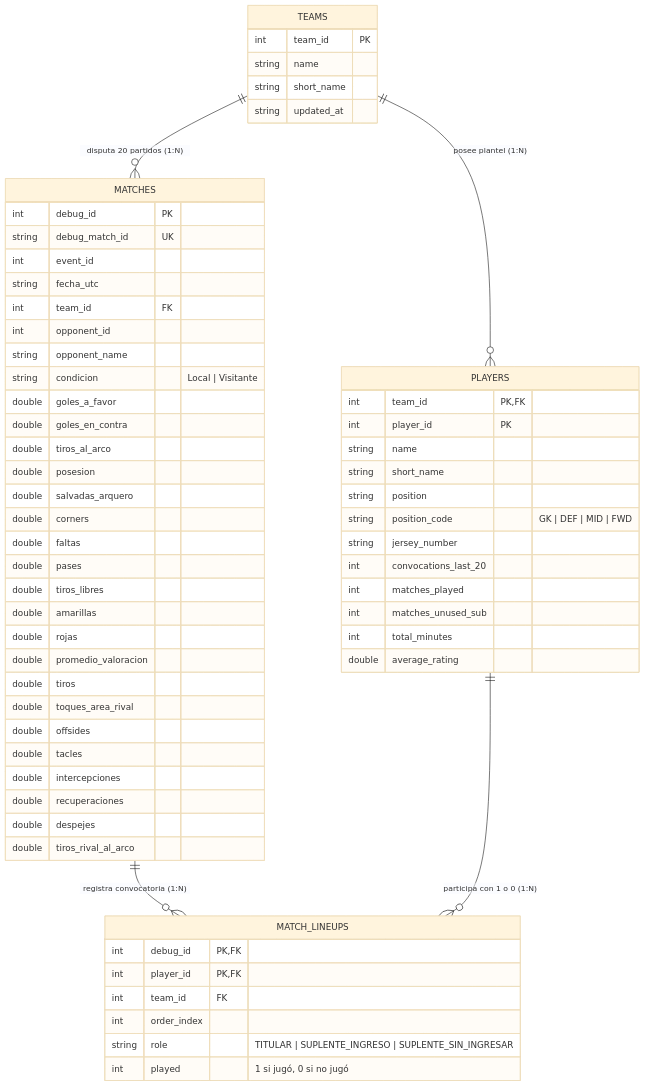
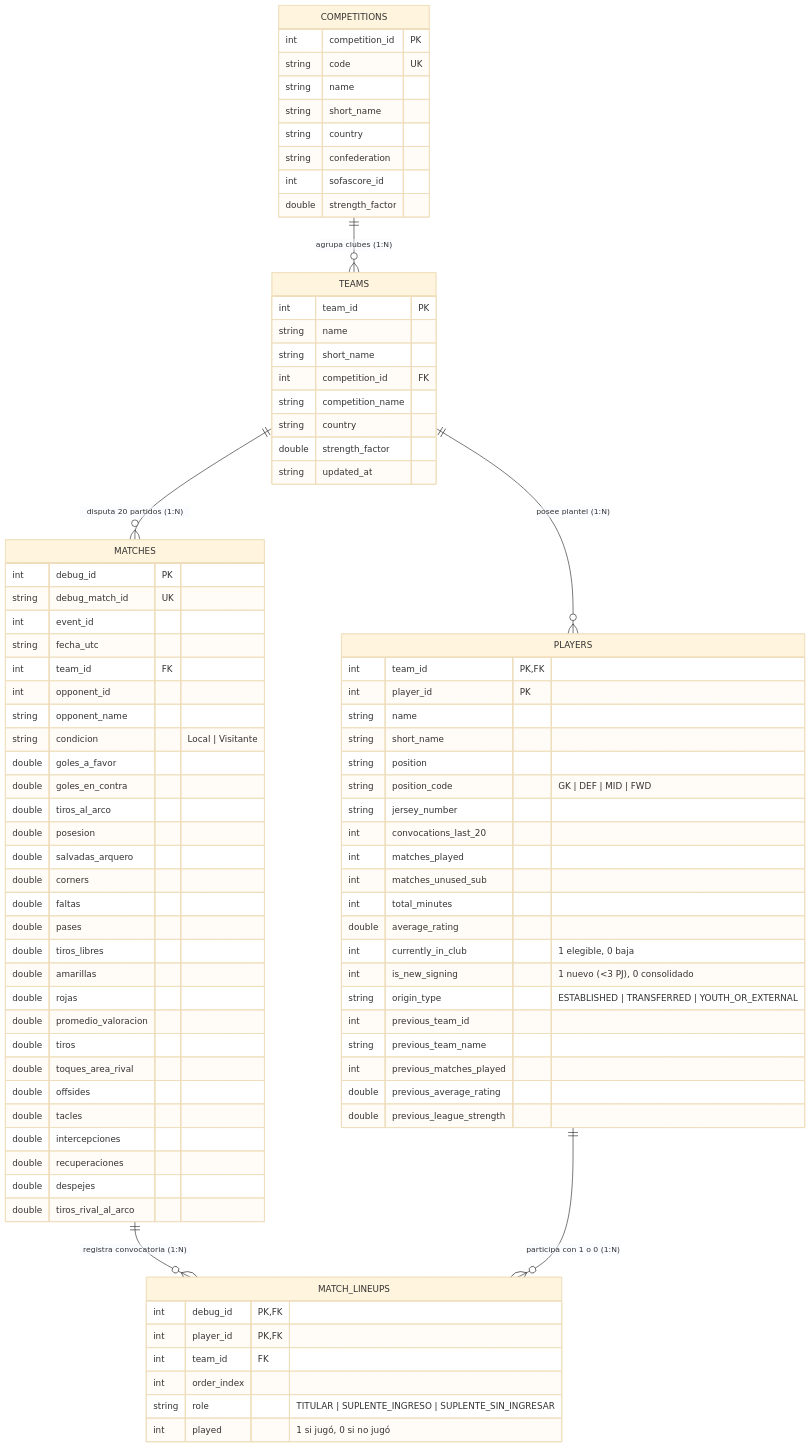
The fifth of 5 diagrams in docs/INGENIERIA_DE_SOFTWARE.md (sebanemi/Algebra-Lineal), drawn with Mermaid (base theme) before and after one commit. The commit also changed other lines of this file and 17 other files, not shown here.

````diff
--- a/docs/INGENIERIA_DE_SOFTWARE.md
+++ b/docs/INGENIERIA_DE_SOFTWARE.md
@@ -378,14 +405,30 @@
 ```mermaid
 erDiagram
+    COMPETITIONS ||--o{ TEAMS : "agrupa clubes (1:N)"
     TEAMS ||--o{ PLAYERS : "posee plantel (1:N)"
     TEAMS ||--o{ MATCHES : "disputa 20 partidos (1:N)"
     MATCHES ||--o{ MATCH_LINEUPS : "registra convocatoria (1:N)"
     PLAYERS ||--o{ MATCH_LINEUPS : "participa con 1 o 0 (1:N)"
 
+    COMPETITIONS {
+        int competition_id PK
+        string code UK
+        string name
+        string short_name
+        string country
+        string confederation
+        int sofascore_id
+        double strength_factor
+    }
+
     TEAMS {
         int team_id PK
         string name
         string short_name
+        int competition_id FK
+        string competition_name
+        string country
+        double strength_factor
         string updated_at
     }
 
@@ -402,6 +445,14 @@
         int matches_unused_sub
         int total_minutes
         double average_rating
+        int currently_in_club "1 elegible, 0 baja"
+        int is_new_signing "1 nuevo (<3 PJ), 0 consolidado"
+        string origin_type "ESTABLISHED | TRANSFERRED | YOUTH_OR_EXTERNAL"
+        int previous_team_id
+        string previous_team_name
+        int previous_matches_played
+        double previous_average_rating
+        double previous_league_strength
     }
 
     MATCHES {
````
